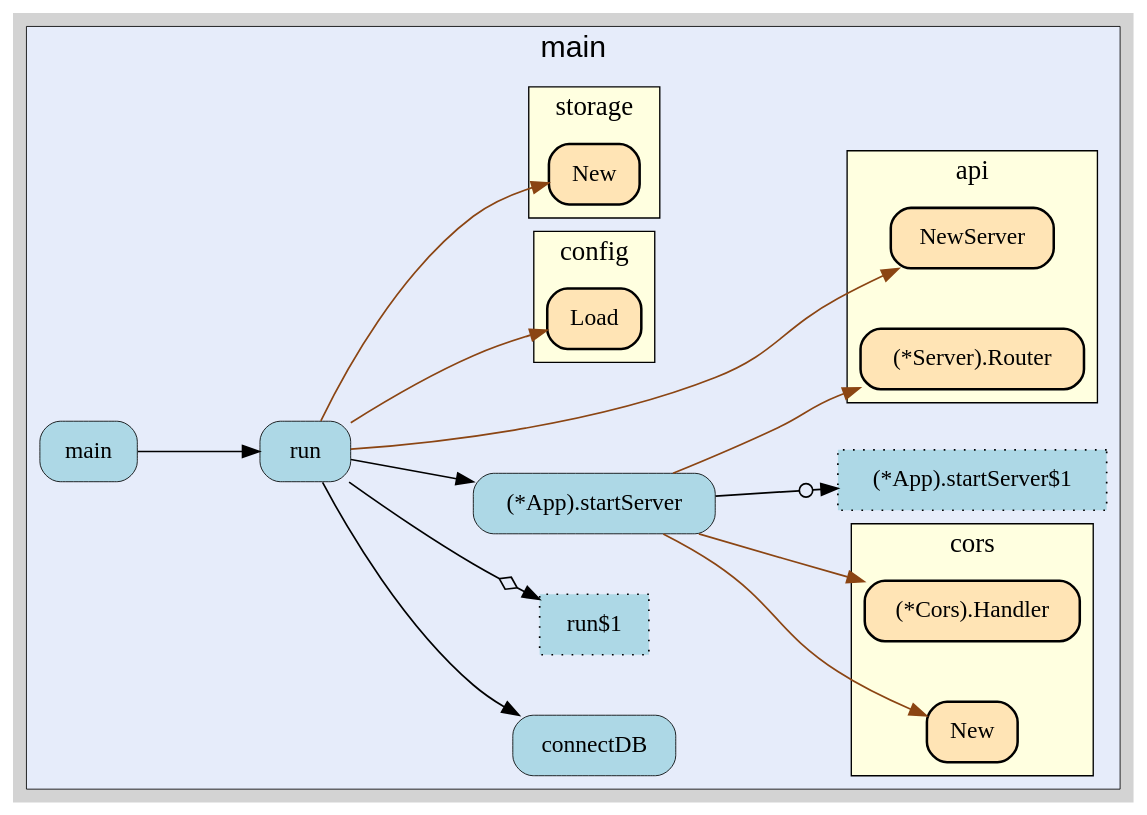
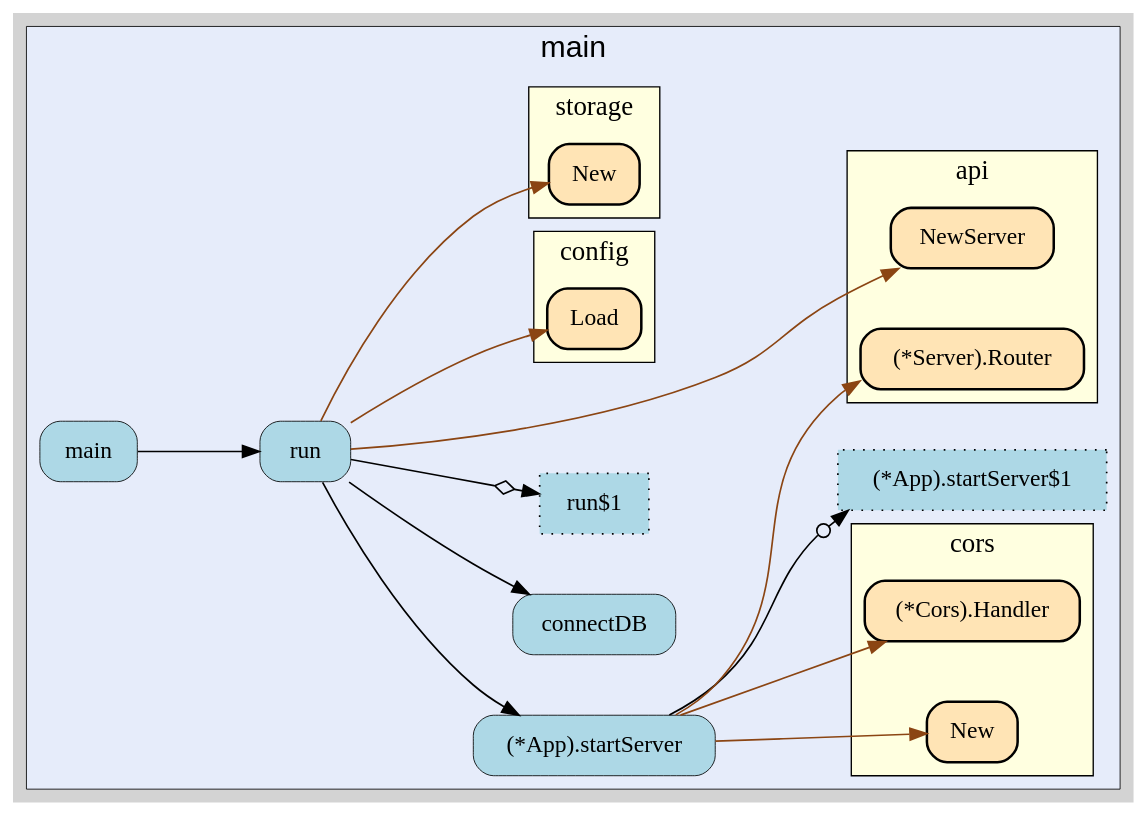
Before and after one commit to LederWorks/siros: the diagram in docs/callgraph/middleware.gv, drawn with Graphviz. The commit also changed 56 other files, not shown here.

```diff
--- a/docs/callgraph/middleware.gv
+++ b/docs/callgraph/middleware.gv
@@ -1,105 +1,105 @@
 digraph gocallvis {
     label="";
     labeljust="l";
     fontname="Arial";
     fontsize="14";
     rankdir="LR";
     bgcolor="lightgray";
     style="solid";
     penwidth="0.5";
     pad="0.0";
     nodesep="0.5";
 
     node [shape="box" style="filled,rounded" fillcolor="honeydew" fontname="Verdana" penwidth="1.0" margin="0.16,0.0"];
     edge [minlen="2"]
 
     subgraph "cluster_focus" {
-        fontsize="18";
-bgcolor="#e6ecfa";
+        bgcolor="#e6ecfa";
 label="main";
 labelloc="t";
 labeljust="c";
+fontsize="18";
         
-        "github.com/LederWorks/siros/backend/cmd/siros-server.run" [ penwidth="0.5" tooltip="github.com/LederWorks/siros/backend/cmd/siros-server.run | defined in main.go:47\nat main.go:65: calling [github.com/LederWorks/siros/backend/cmd/siros-server.run$1]\nat main.go:72: calling [github.com/LederWorks/siros/backend/internal/storage.New]\nat main.go:89: calling [(*github.com/LederWorks/siros/backend/cmd/siros-server.App).startServer]\nat main.go:55: calling [github.com/LederWorks/siros/backend/internal/config.Load]\nat main.go:61: calling [github.com/LederWorks/siros/backend/cmd/siros-server.connectDB]\nat main.go:78: calling [github.com/LederWorks/siros/backend/internal/api.NewServer]" fillcolor="lightblue" label="run" ]
-        "github.com/LederWorks/siros/backend/cmd/siros-server.connectDB" [ fillcolor="lightblue" label="connectDB" penwidth="0.5" tooltip="github.com/LederWorks/siros/backend/cmd/siros-server.connectDB | defined in main.go:92" ]
-        "github.com/LederWorks/siros/backend/cmd/siros-server.run$1" [ tooltip="github.com/LederWorks/siros/backend/cmd/siros-server.run$1 | defined in main.go:65" fillcolor="lightblue" label="run$1" style="dotted,filled" ]
         "(*github.com/LederWorks/siros/backend/cmd/siros-server.App).startServer" [ fillcolor="lightblue" label="(*App).startServer" penwidth="0.5" tooltip="(*github.com/LederWorks/siros/backend/cmd/siros-server.App).startServer | defined in main.go:111\nat main.go:113: calling [github.com/rs/cors.New]\nat main.go:121: calling [(*github.com/LederWorks/siros/backend/internal/api.Server).Router]\nat main.go:137: calling [(*github.com/LederWorks/siros/backend/cmd/siros-server.App).startServer$1]\nat main.go:121: calling [(*github.com/rs/cors.Cors).Handler]" ]
-        "(*github.com/LederWorks/siros/backend/cmd/siros-server.App).startServer$1" [ label="(*App).startServer$1" style="dotted,filled" tooltip="(*github.com/LederWorks/siros/backend/cmd/siros-server.App).startServer$1 | defined in main.go:137" fillcolor="lightblue" ]
-        "github.com/LederWorks/siros/backend/cmd/siros-server.main" [ label="main" penwidth="0.5" tooltip="github.com/LederWorks/siros/backend/cmd/siros-server.main | defined in main.go:41\nat main.go:42: calling [github.com/LederWorks/siros/backend/cmd/siros-server.run]" fillcolor="lightblue" ]
+        "(*github.com/LederWorks/siros/backend/cmd/siros-server.App).startServer$1" [ fillcolor="lightblue" label="(*App).startServer$1" style="dotted,filled" tooltip="(*github.com/LederWorks/siros/backend/cmd/siros-server.App).startServer$1 | defined in main.go:137" ]
+        "github.com/LederWorks/siros/backend/cmd/siros-server.run" [ fillcolor="lightblue" label="run" penwidth="0.5" tooltip="github.com/LederWorks/siros/backend/cmd/siros-server.run | defined in main.go:47\nat main.go:55: calling [github.com/LederWorks/siros/backend/internal/config.Load]\nat main.go:61: calling [github.com/LederWorks/siros/backend/cmd/siros-server.connectDB]\nat main.go:78: calling [github.com/LederWorks/siros/backend/internal/api.NewServer]\nat main.go:89: calling [(*github.com/LederWorks/siros/backend/cmd/siros-server.App).startServer]\nat main.go:65: calling [github.com/LederWorks/siros/backend/cmd/siros-server.run$1]\nat main.go:72: calling [github.com/LederWorks/siros/backend/internal/storage.New]" ]
+        "github.com/LederWorks/siros/backend/cmd/siros-server.connectDB" [ label="connectDB" penwidth="0.5" tooltip="github.com/LederWorks/siros/backend/cmd/siros-server.connectDB | defined in main.go:92" fillcolor="lightblue" ]
+        "github.com/LederWorks/siros/backend/cmd/siros-server.run$1" [ label="run$1" style="dotted,filled" tooltip="github.com/LederWorks/siros/backend/cmd/siros-server.run$1 | defined in main.go:65" fillcolor="lightblue" ]
+        "github.com/LederWorks/siros/backend/cmd/siros-server.main" [ fillcolor="lightblue" label="main" penwidth="0.5" tooltip="github.com/LederWorks/siros/backend/cmd/siros-server.main | defined in main.go:41\nat main.go:42: calling [github.com/LederWorks/siros/backend/cmd/siros-server.run]" ]
         
         subgraph "cluster_github.com/LederWorks/siros/backend/internal/api" {
-        style="filled";
-tooltip="package: github.com/LederWorks/siros/backend/internal/api";
-penwidth="0.8";
+        penwidth="0.8";
 fontsize="16";
 fillcolor="lightyellow";
 fontname="Tahoma bold";
 rank="sink";
+URL="/?f=github.com/LederWorks/siros/backend/internal/api";
+style="filled";
 label="api";
-URL="/?f=github.com/LederWorks/siros/backend/internal/api";
+tooltip="package: github.com/LederWorks/siros/backend/internal/api";
         
-        "github.com/LederWorks/siros/backend/internal/api.NewServer" [ fillcolor="moccasin" label="NewServer" penwidth="1.5" tooltip="github.com/LederWorks/siros/backend/internal/api.NewServer | defined in server.go:30" ]
-        "(*github.com/LederWorks/siros/backend/internal/api.Server).Router" [ label="(*Server).Router" penwidth="1.5" tooltip="(*github.com/LederWorks/siros/backend/internal/api.Server).Router | defined in server.go:52" fillcolor="moccasin" ]
+        "(*github.com/LederWorks/siros/backend/internal/api.Server).Router" [ fillcolor="moccasin" label="(*Server).Router" penwidth="1.5" tooltip="(*github.com/LederWorks/siros/backend/internal/api.Server).Router | defined in server.go:53" ]
+        "github.com/LederWorks/siros/backend/internal/api.NewServer" [ fillcolor="moccasin" label="NewServer" penwidth="1.5" tooltip="github.com/LederWorks/siros/backend/internal/api.NewServer | defined in server.go:31" ]
         
     }
 
         subgraph "cluster_github.com/LederWorks/siros/backend/internal/config" {
-        URL="/?f=github.com/LederWorks/siros/backend/internal/config";
-penwidth="0.8";
-style="filled";
-rank="sink";
-label="config";
-tooltip="package: github.com/LederWorks/siros/backend/internal/config";
+        penwidth="0.8";
 fontsize="16";
 fillcolor="lightyellow";
 fontname="Tahoma bold";
+rank="sink";
+URL="/?f=github.com/LederWorks/siros/backend/internal/config";
+tooltip="package: github.com/LederWorks/siros/backend/internal/config";
+style="filled";
+label="config";
         
-        "github.com/LederWorks/siros/backend/internal/config.Load" [ penwidth="1.5" tooltip="github.com/LederWorks/siros/backend/internal/config.Load | defined in config.go:108" fillcolor="moccasin" label="Load" ]
+        "github.com/LederWorks/siros/backend/internal/config.Load" [ label="Load" penwidth="1.5" tooltip="github.com/LederWorks/siros/backend/internal/config.Load | defined in config.go:110" fillcolor="moccasin" ]
         
     }
 
         subgraph "cluster_github.com/LederWorks/siros/backend/internal/storage" {
-        tooltip="package: github.com/LederWorks/siros/backend/internal/storage";
-penwidth="0.8";
-style="filled";
+        penwidth="0.8";
+fillcolor="lightyellow";
 rank="sink";
 label="storage";
 URL="/?f=github.com/LederWorks/siros/backend/internal/storage";
 fontsize="16";
-fillcolor="lightyellow";
+style="filled";
 fontname="Tahoma bold";
+tooltip="package: github.com/LederWorks/siros/backend/internal/storage";
         
         "github.com/LederWorks/siros/backend/internal/storage.New" [ fillcolor="moccasin" label="New" penwidth="1.5" tooltip="github.com/LederWorks/siros/backend/internal/storage.New | defined in storage.go:24" ]
         
     }
 
         subgraph "cluster_github.com/rs/cors" {
-        fontname="Tahoma bold";
+        rank="sink";
+label="cors";
 URL="/?f=github.com/rs/cors";
 tooltip="package: github.com/rs/cors";
+style="filled";
+fillcolor="lightyellow";
 penwidth="0.8";
-fillcolor="lightyellow";
-rank="sink";
-label="cors";
 fontsize="16";
-style="filled";
+fontname="Tahoma bold";
         
         "github.com/rs/cors.New" [ fillcolor="moccasin" label="New" penwidth="1.5" tooltip="github.com/rs/cors.New | defined in cors.go:132" ]
-        "(*github.com/rs/cors.Cors).Handler" [ fillcolor="moccasin" label="(*Cors).Handler" penwidth="1.5" tooltip="(*github.com/rs/cors.Cors).Handler | defined in cors.go:264" ]
+        "(*github.com/rs/cors.Cors).Handler" [ tooltip="(*github.com/rs/cors.Cors).Handler | defined in cors.go:264" fillcolor="moccasin" label="(*Cors).Handler" penwidth="1.5" ]
         
     }
 
     }
 
-    "github.com/LederWorks/siros/backend/cmd/siros-server.run" -> "github.com/LederWorks/siros/backend/cmd/siros-server.run$1" [ arrowhead="normalnoneodiamond" tooltip="at main.go:65: calling [github.com/LederWorks/siros/backend/cmd/siros-server.run$1]" ]
-    "github.com/LederWorks/siros/backend/cmd/siros-server.run" -> "github.com/LederWorks/siros/backend/internal/storage.New" [ color="saddlebrown" tooltip="at main.go:72: calling [github.com/LederWorks/siros/backend/internal/storage.New]" ]
     "(*github.com/LederWorks/siros/backend/cmd/siros-server.App).startServer" -> "github.com/rs/cors.New" [ color="saddlebrown" tooltip="at main.go:113: calling [github.com/rs/cors.New]" ]
-    "(*github.com/LederWorks/siros/backend/cmd/siros-server.App).startServer" -> "(*github.com/LederWorks/siros/backend/internal/api.Server).Router" [ tooltip="at main.go:121: calling [(*github.com/LederWorks/siros/backend/internal/api.Server).Router]" color="saddlebrown" ]
+    "(*github.com/LederWorks/siros/backend/cmd/siros-server.App).startServer" -> "(*github.com/LederWorks/siros/backend/internal/api.Server).Router" [ color="saddlebrown" tooltip="at main.go:121: calling [(*github.com/LederWorks/siros/backend/internal/api.Server).Router]" ]
     "(*github.com/LederWorks/siros/backend/cmd/siros-server.App).startServer" -> "(*github.com/LederWorks/siros/backend/cmd/siros-server.App).startServer$1" [ arrowhead="normalnoneodot" tooltip="at main.go:137: calling [(*github.com/LederWorks/siros/backend/cmd/siros-server.App).startServer$1]" ]
-    "github.com/LederWorks/siros/backend/cmd/siros-server.run" -> "(*github.com/LederWorks/siros/backend/cmd/siros-server.App).startServer" [ tooltip="at main.go:89: calling [(*github.com/LederWorks/siros/backend/cmd/siros-server.App).startServer]" ]
     "github.com/LederWorks/siros/backend/cmd/siros-server.run" -> "github.com/LederWorks/siros/backend/internal/config.Load" [ color="saddlebrown" tooltip="at main.go:55: calling [github.com/LederWorks/siros/backend/internal/config.Load]" ]
     "github.com/LederWorks/siros/backend/cmd/siros-server.run" -> "github.com/LederWorks/siros/backend/cmd/siros-server.connectDB" [ tooltip="at main.go:61: calling [github.com/LederWorks/siros/backend/cmd/siros-server.connectDB]" ]
     "github.com/LederWorks/siros/backend/cmd/siros-server.run" -> "github.com/LederWorks/siros/backend/internal/api.NewServer" [ color="saddlebrown" tooltip="at main.go:78: calling [github.com/LederWorks/siros/backend/internal/api.NewServer]" ]
+    "github.com/LederWorks/siros/backend/cmd/siros-server.run" -> "(*github.com/LederWorks/siros/backend/cmd/siros-server.App).startServer" [ tooltip="at main.go:89: calling [(*github.com/LederWorks/siros/backend/cmd/siros-server.App).startServer]" ]
     "(*github.com/LederWorks/siros/backend/cmd/siros-server.App).startServer" -> "(*github.com/rs/cors.Cors).Handler" [ color="saddlebrown" tooltip="at main.go:121: calling [(*github.com/rs/cors.Cors).Handler]" ]
+    "github.com/LederWorks/siros/backend/cmd/siros-server.run" -> "github.com/LederWorks/siros/backend/cmd/siros-server.run$1" [ arrowhead="normalnoneodiamond" tooltip="at main.go:65: calling [github.com/LederWorks/siros/backend/cmd/siros-server.run$1]" ]
+    "github.com/LederWorks/siros/backend/cmd/siros-server.run" -> "github.com/LederWorks/siros/backend/internal/storage.New" [ color="saddlebrown" tooltip="at main.go:72: calling [github.com/LederWorks/siros/backend/internal/storage.New]" ]
     "github.com/LederWorks/siros/backend/cmd/siros-server.main" -> "github.com/LederWorks/siros/backend/cmd/siros-server.run" [ tooltip="at main.go:42: calling [github.com/LederWorks/siros/backend/cmd/siros-server.run]" ]
 }
```
